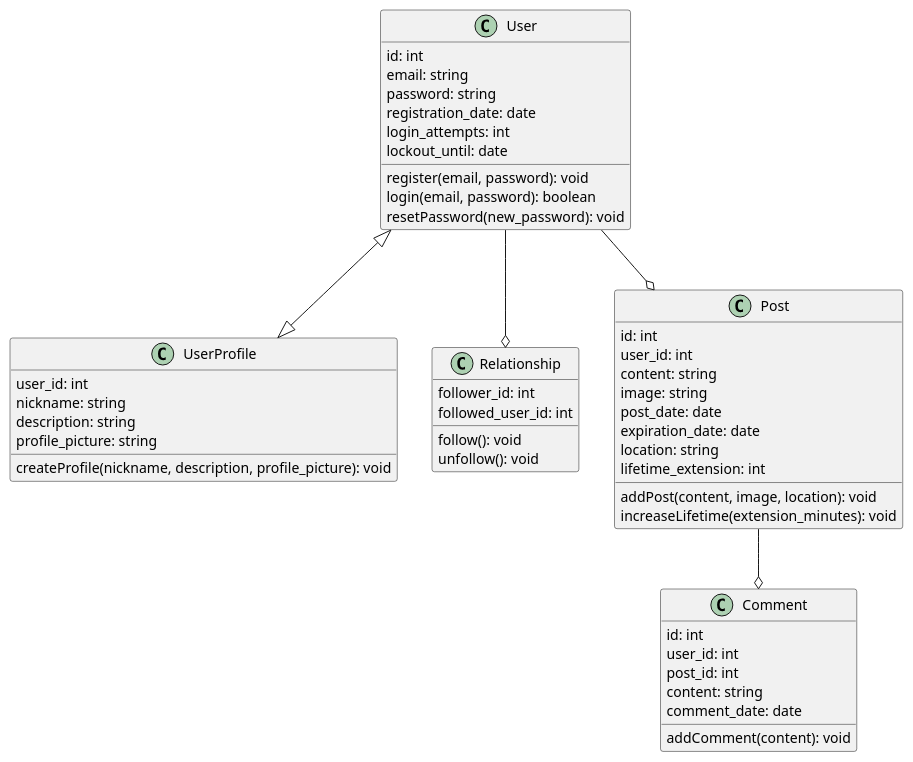
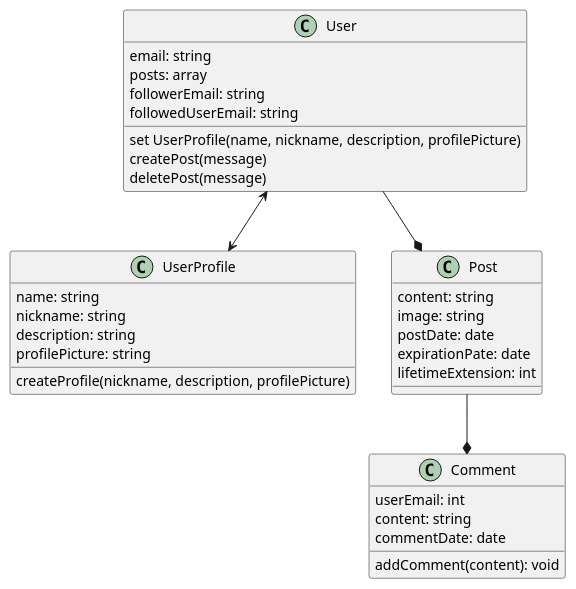
Before and after one commit to fedect1/graduation-project-fedect1: the diagram in architecture/class.puml, drawn with PlantUML. The commit also changed other lines of this file, not shown here.

Commit message:
Update class diagram. Removed Relationship class, integrated into User class

```diff
--- a/architecture/class.puml
+++ b/architecture/class.puml
@@ -1,52 +1,37 @@
 @startuml DW Messenger
   class User {
-  id: int
   email: string
-  password: string
-  registration_date: date
-  login_attempts: int
-  lockout_until: date
-  register(email, password): void
-  login(email, password): boolean
-  resetPassword(new_password): void
+  posts: array
+  followerEmail: string
+  followedUserEmail: string
+  set UserProfile(name, nickname, description, profilePicture)
+  createPost(message)
+  deletePost(message)
   }
   class UserProfile {
-    user_id: int
+    name: string
     nickname: string
     description: string
-    profile_picture: string
-    createProfile(nickname, description, profile_picture): void
+    profilePicture: string
+    createProfile(nickname, description, profilePicture)
   }
-  class Relationship{
-    follower_id: int
-    followed_user_id: int
-    follow(): void
-    unfollow(): void
-  }
+
   class Post{
-    id: int
-    user_id: int
     content: string
     image: string
-    post_date: date
-    expiration_date: date
-    location: string
-    lifetime_extension: int
-    addPost(content, image, location): void
-    increaseLifetime(extension_minutes): void
+    postDate: date
+    expirationPate: date
+    lifetimeExtension: int
   }
   class Comment{
-    id: int
-    user_id: int
-    post_id: int
+    userEmail: int
     content: string
-    comment_date: date
+    commentDate: date
     addComment(content): void
   }
 
 
-  User <|--|> UserProfile
-  User --o Post
-  User --o Relationship
-  Post --o Comment
+  User <--> UserProfile
+  User --* Post
+  Post --* Comment
 @enduml
```
